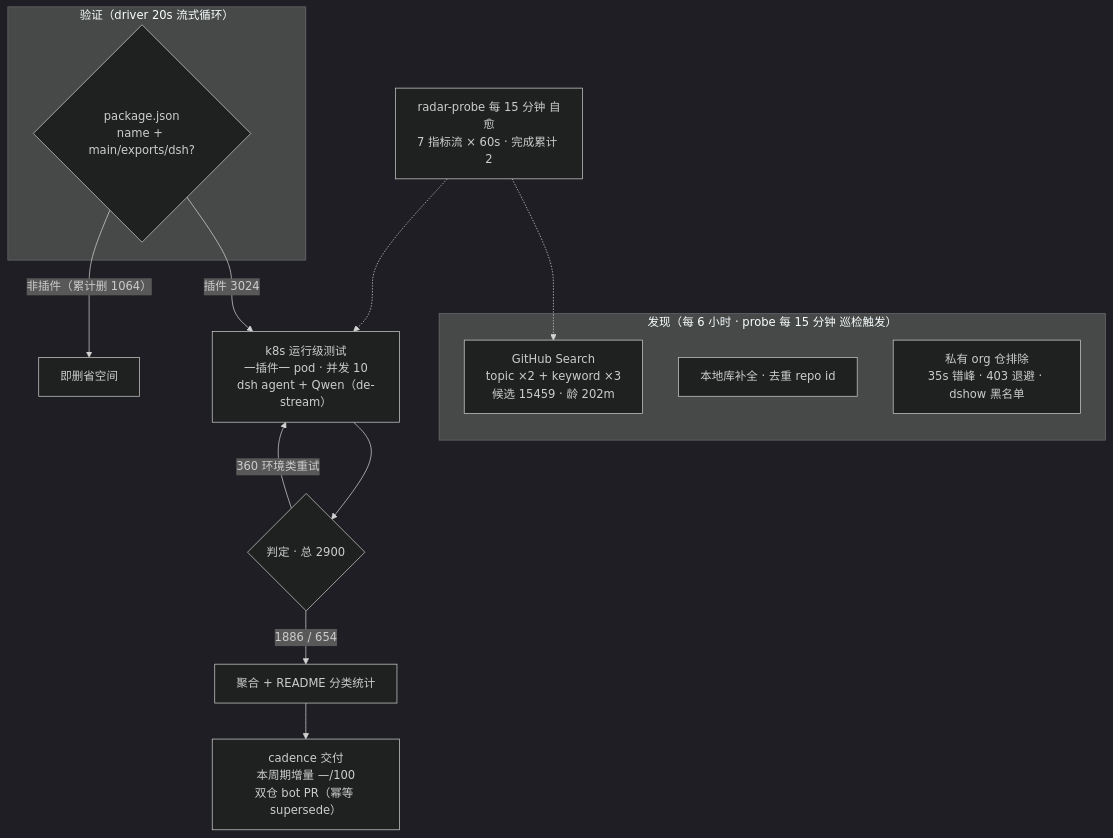
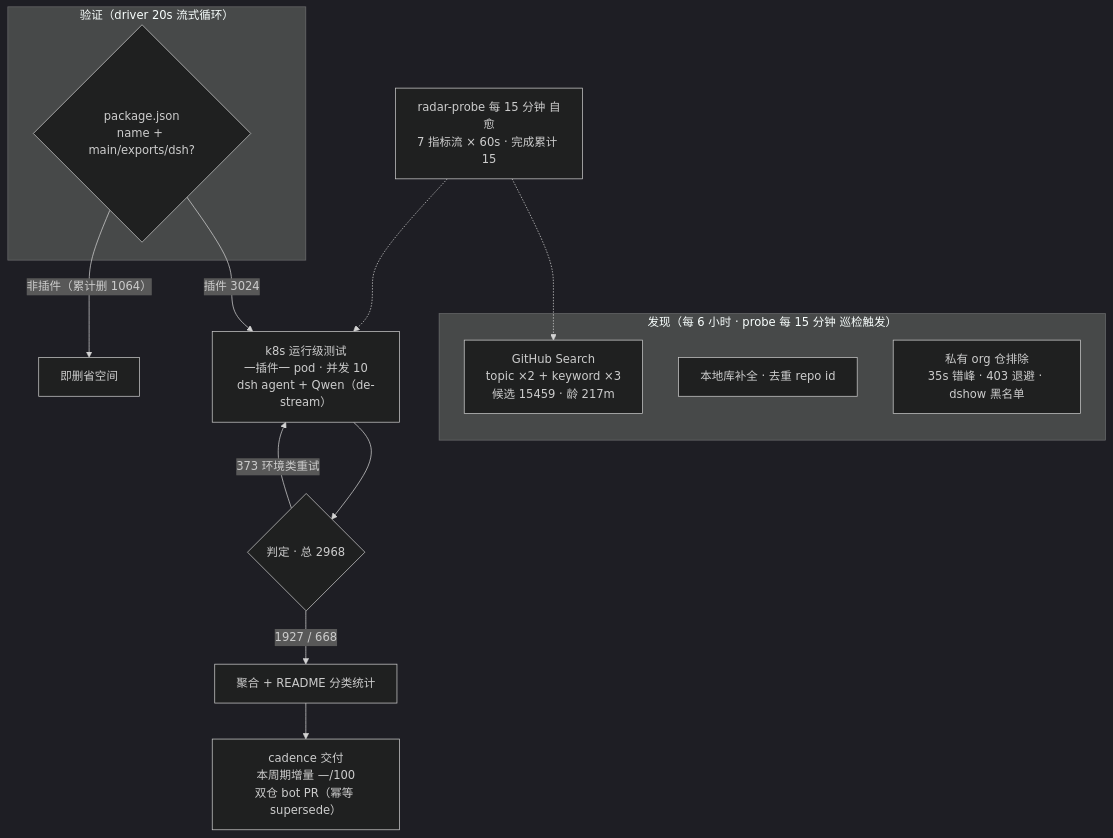
One commit to Zhidao-Lab-OSS/awesome-dsh-plugins changed the diagram in README.md. Above: the diagram before and after it, drawn with Mermaid (dark theme). The commit also changed other lines of this file and 1 other file, not shown here.

````diff
--- a/README.md
+++ b/README.md
@@ -37,20 +37,20 @@
 ```mermaid
 flowchart TB
     subgraph Discovery["发现（每 6 小时 · probe 每 15 分钟 巡检触发）"]
-        A1["GitHub Search<br/>topic ×2 + keyword ×3<br/>候选 15459 · 龄 202m"]
+        A1["GitHub Search<br/>topic ×2 + keyword ×3<br/>候选 15459 · 龄 217m"]
         A2["本地库补全 · 去重 repo id"]
         A3["私有 org 仓排除<br/>35s 错峰 · 403 退避 · dshow 黑名单"]
     end
     subgraph Validation["验证（driver 20s 流式循环）"]
         B1{"package.json<br/>name + main/exports/dsh?"}
     end
     B1 -->|"插件 3024"| C1["k8s 运行级测试<br/>一插件一 pod · 并发 10<br/>dsh agent + Qwen（de-stream）"]
     B1 -->|"非插件（累计删 1064）"| B3["即删省空间"]
-    C1 --> D1{"判定 · 总 2900"}
-    D1 -->|"1886 / 654"| E1["聚合 + README 分类统计"]
-    D1 -->|"360 环境类重试"| C1
+    C1 --> D1{"判定 · 总 2968"}
+    D1 -->|"1927 / 668"| E1["聚合 + README 分类统计"]
+    D1 -->|"373 环境类重试"| C1
     E1 --> E2["cadence 交付<br/>本周期增量 —/100<br/>双仓 bot PR（幂等 supersede）"]
-    M["radar-probe 每 15 分钟 自愈<br/>7 指标流 × 60s · 完成累计 2"]
+    M["radar-probe 每 15 分钟 自愈<br/>7 指标流 × 60s · 完成累计 15"]
     M -.-> A1
     M -.-> C1
 ```
````
